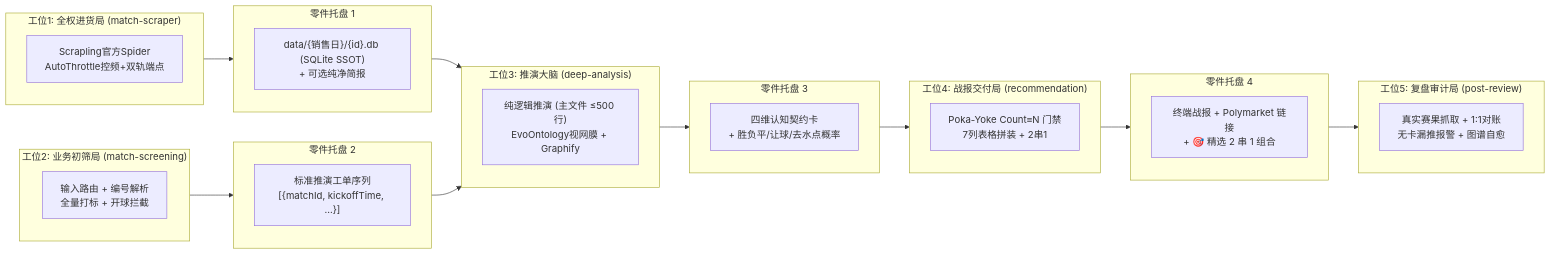
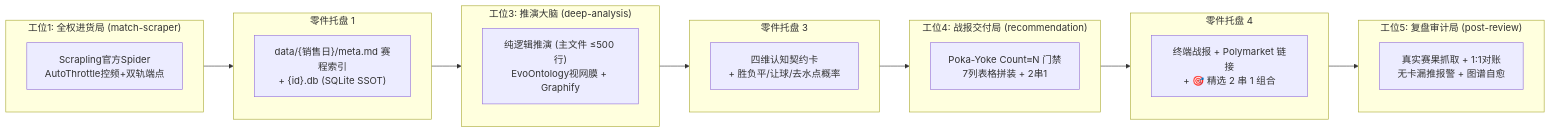
The second of 4 diagrams in README.md (i0ivi0i/supodds), drawn with Mermaid before and after one commit. The commit also changed other lines of this file and 12 other files, not shown here.

First line of the commit message:
refactor(pipeline): 删除 match-screening 并收口阶段 0 赛程索引

````diff
--- a/README.md
+++ b/README.md
@@ -78,38 +78,31 @@
 ```mermaid
 flowchart LR
     subgraph W1 ["工位1: 全权进货局 (match-scraper)"]
         S1["Scrapling官方Spider<br/>AutoThrottle控频+双轨端点"]
     end
     subgraph T1 ["零件托盘 1"]
-        D1["data/{销售日}/{id}.db (SQLite SSOT)<br/>+ 可选纯净简报"]
-    end
-    subgraph W2 ["工位2: 业务初筛局 (match-screening)"]
-        S2["输入路由 + 编号解析<br/>全量打标 + 开球拦截"]
-    end
-    subgraph T2 ["零件托盘 2"]
-        D2["标准推演工单序列<br/>[{matchId, kickoffTime, ...}]"]
+        D1["data/{销售日}/meta.md 赛程索引<br/>+ {id}.db (SQLite SSOT)"]
     end
     subgraph W3 ["工位3: 推演大脑 (deep-analysis)"]
         S3["纯逻辑推演 (主文件 ≤500 行)<br/>EvoOntology视网膜 + Graphify"]
     end
     subgraph T3 ["零件托盘 3"]
         D3["四维认知契约卡<br/>+ 胜负平/让球/去水点概率"]
     end
     subgraph W4 ["工位4: 战报交付局 (recommendation)"]
         S4["Poka-Yoke Count≡N 门禁<br/>7列表格拼装 + 2串1"]
     end
     subgraph T4 ["零件托盘 4"]
         D4["终端战报 + Polymarket 链接<br/>+ 🎯 精选 2 串 1 组合"]
     end
     subgraph W5 ["工位5: 复盘审计局 (post-review)"]
         S5["真实赛果抓取 + 1:1对账<br/>无卡漏推报警 + 图谱自愈"]
     end
 
     W1 --> T1
-    W2 --> T2
-    T1 & T2 --> W3
+    T1 --> W3
     W3 --> T3
     T3 --> W4
     W4 --> T4
     T4 --> W5
 ```
````
